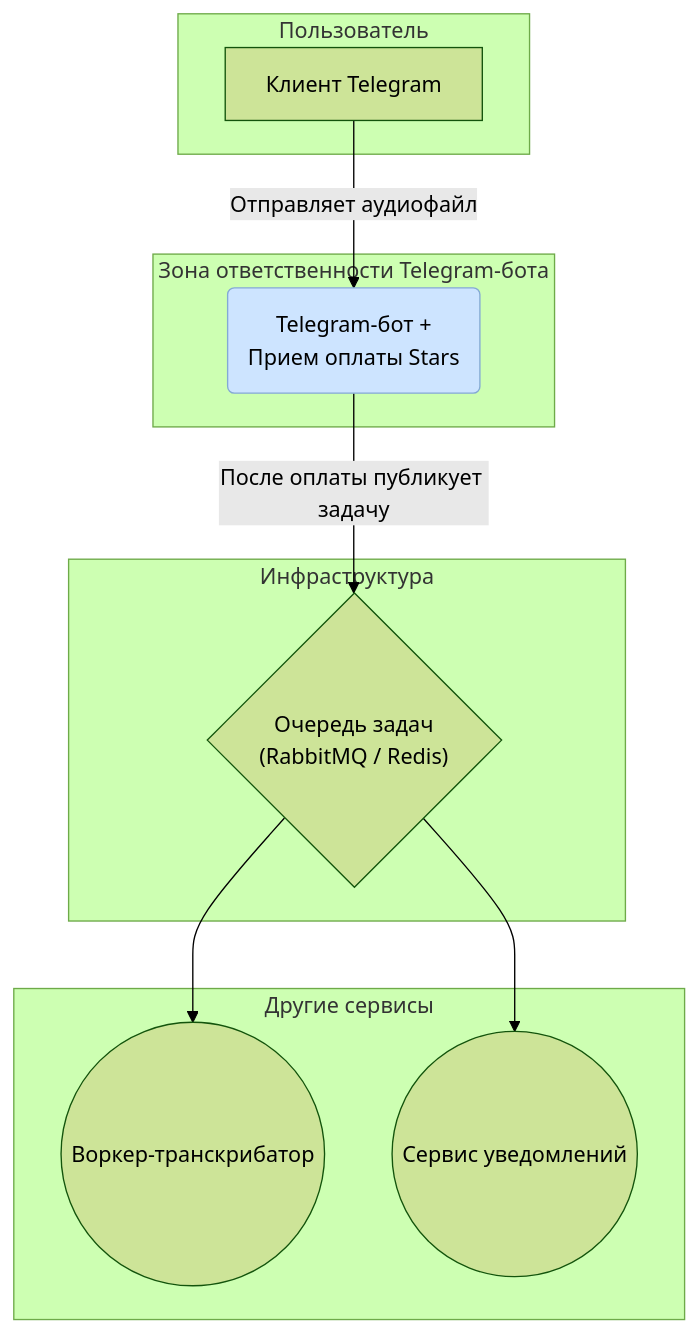
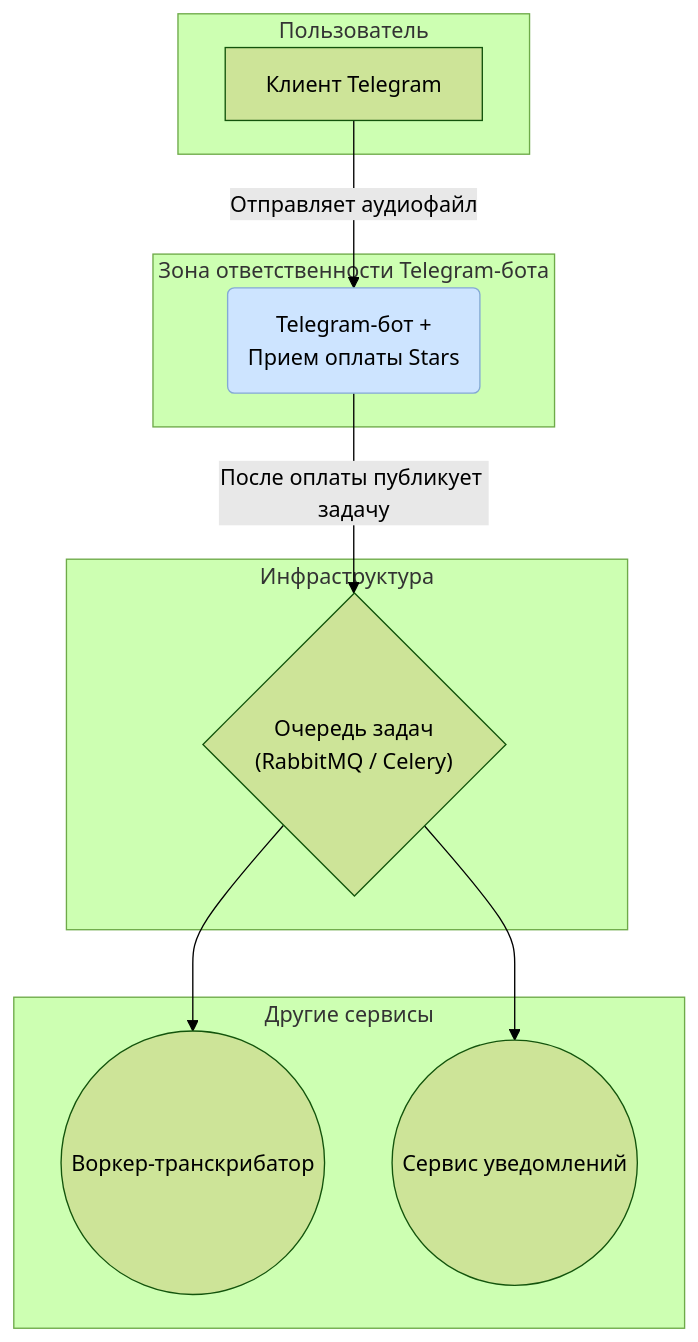
Before and after one commit to nktgv/laterlistener: the diagram in bot/bot-plan.md, drawn with Mermaid (forest theme). The commit also changed other lines of this file, not shown here.

````diff
--- a/bot/bot-plan.md
+++ b/bot/bot-plan.md
@@ -100,26 +94,26 @@
 ```mermaid
 graph TD
     subgraph "Пользователь"
         A[Клиент Telegram]
     end
 
     subgraph "Зона ответственности Telegram-бота"
         B("Telegram-бот +<br/>Прием оплаты Stars")
     end
 
     subgraph "Инфраструктура"
-        C{"Очередь задач<br/>(RabbitMQ / Redis)"}
+        C{"Очередь задач<br/>(RabbitMQ / Celery)"}
     end
 
     subgraph "Другие сервисы"
         D((Воркер-транскрибатор))
         F((Сервис уведомлений))
     end
 
     A -- "Отправляет аудиофайл" --> B
     B -- "После оплаты публикует задачу" --> C
     C --> D
     C --> F
 
     style B fill:#cde4ff,stroke:#84a9d4
 ```
````
